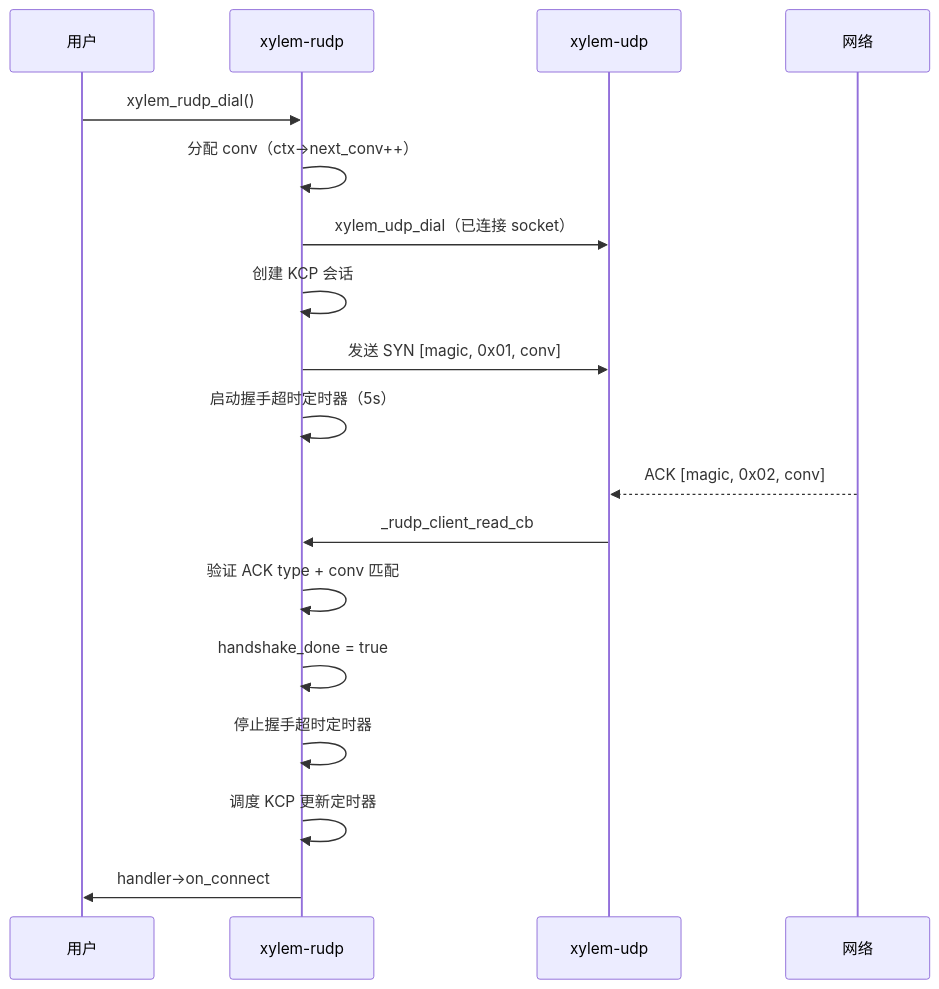
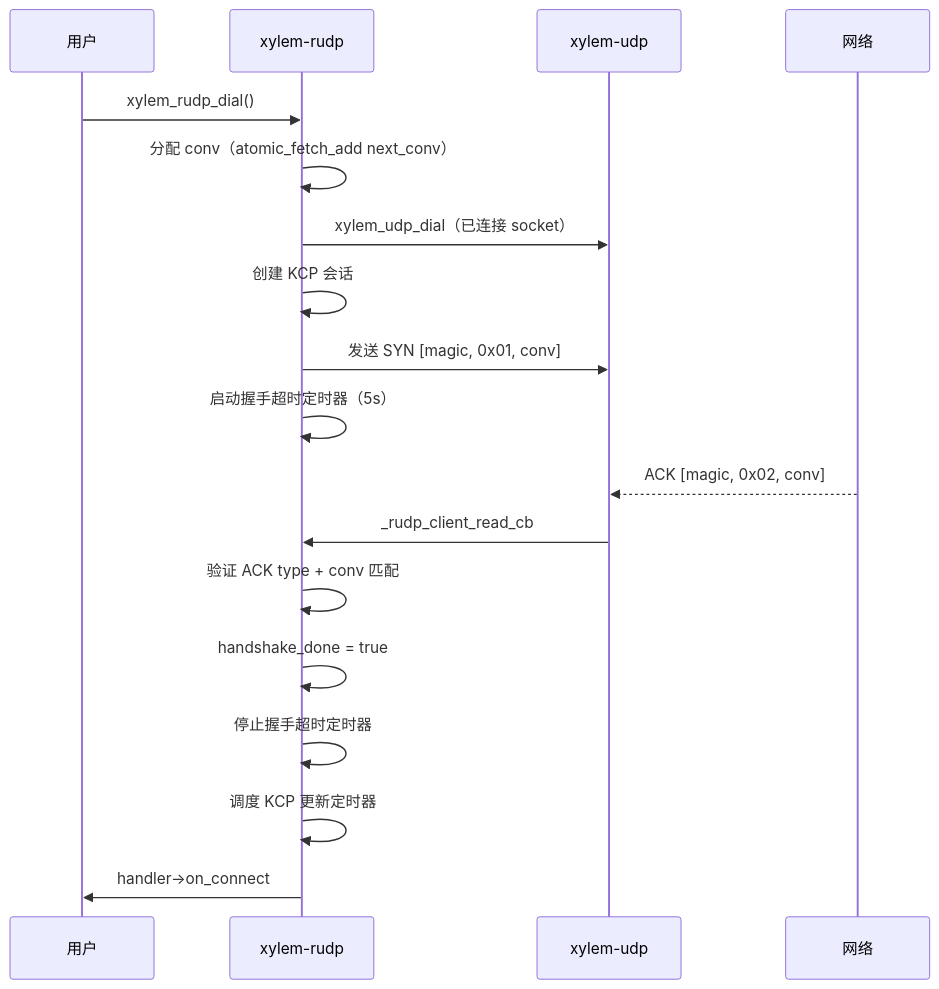
The second of 8 diagrams in docs/rudp-design.md (MeristemForge/Xylem), drawn with Mermaid before and after one commit. The commit also changed other lines of this file and 1 other file, not shown here.

First line of the commit message:
fix(rudp): make ctx->next_conv atomic for cross-thread safety

````diff
--- a/docs/rudp-design.md
+++ b/docs/rudp-design.md
@@ -158,21 +158,21 @@
 ```mermaid
 sequenceDiagram
     participant User as 用户
     participant RUDP as xylem-rudp
     participant UDP as xylem-udp
     participant Net as 网络
 
     User->>RUDP: xylem_rudp_dial()
-    RUDP->>RUDP: 分配 conv（ctx->next_conv++）
+    RUDP->>RUDP: 分配 conv（atomic_fetch_add next_conv）
     RUDP->>UDP: xylem_udp_dial（已连接 socket）
     RUDP->>RUDP: 创建 KCP 会话
     RUDP->>UDP: 发送 SYN [magic, 0x01, conv]
     RUDP->>RUDP: 启动握手超时定时器（5s）
     Net-->>UDP: ACK [magic, 0x02, conv]
     UDP->>RUDP: _rudp_client_read_cb
     RUDP->>RUDP: 验证 ACK type + conv 匹配
     RUDP->>RUDP: handshake_done = true
     RUDP->>RUDP: 停止握手超时定时器
     RUDP->>RUDP: 调度 KCP 更新定时器
     RUDP->>User: handler->on_connect
 ```
````
